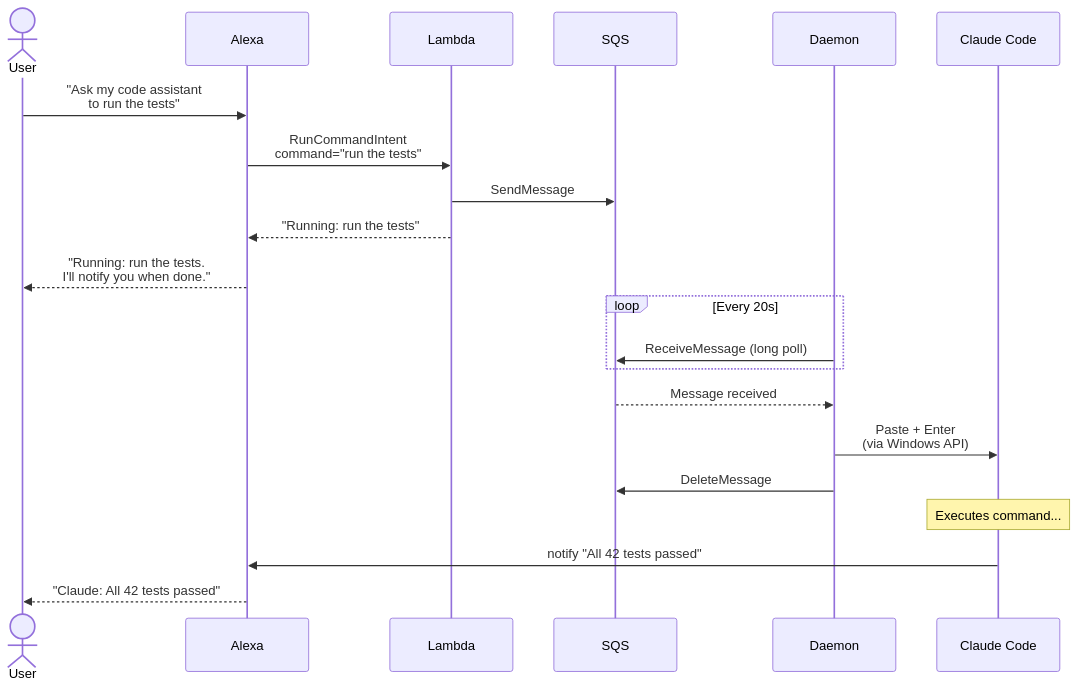
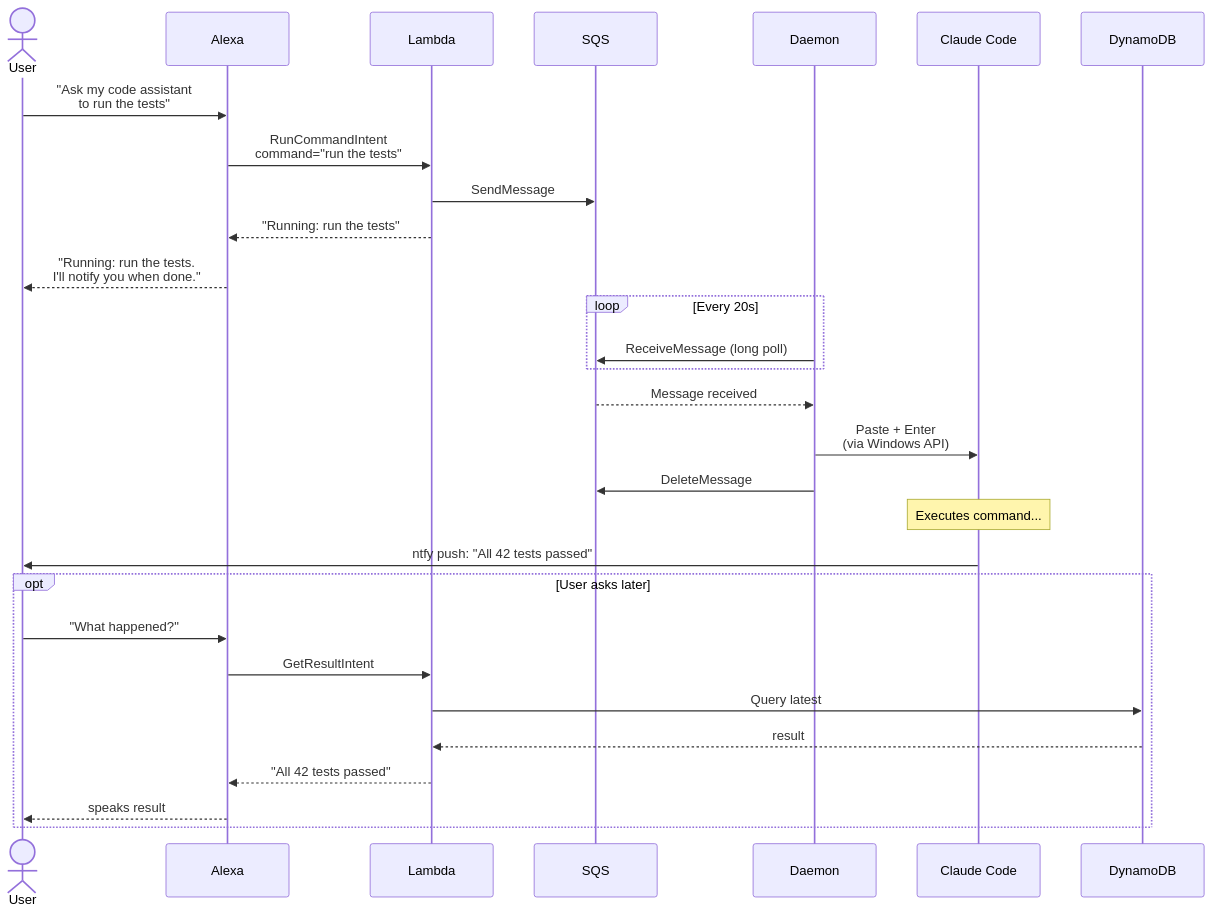
One commit to pouriamrt/alexa-claude-bridge changed the second of 2 diagrams in README.md. Above: the diagram before and after it, drawn with Mermaid. The commit also changed other lines of this file, not shown here.

First line of the commit message:
docs: update README for ntfy notifications and Alexa-only notify flow

````diff
--- a/README.md
+++ b/README.md
@@ -97,28 +97,36 @@
 ```mermaid
 sequenceDiagram
     actor User
     participant Alexa
     participant Lambda
     participant SQS
     participant Daemon
     participant Claude as Claude Code
 
     User->>Alexa: "Ask my code assistant<br/>to run the tests"
     Alexa->>Lambda: RunCommandIntent<br/>command="run the tests"
     Lambda->>SQS: SendMessage
     Lambda-->>Alexa: "Running: run the tests"
     Alexa-->>User: "Running: run the tests.<br/>I'll notify you when done."
 
     loop Every 20s
         Daemon->>SQS: ReceiveMessage (long poll)
     end
 
     SQS-->>Daemon: Message received
     Daemon->>Claude: Paste + Enter<br/>(via Windows API)
     Daemon->>SQS: DeleteMessage
 
     Note over Claude: Executes command...
 
-    Claude->>Alexa: notify "All 42 tests passed"
-    Alexa-->>User: "Claude: All 42 tests passed"
+    Claude->>User: ntfy push: "All 42 tests passed"
+
+    opt User asks later
+        User->>Alexa: "What happened?"
+        Alexa->>Lambda: GetResultIntent
+        Lambda->>DynamoDB: Query latest
+        DynamoDB-->>Lambda: result
+        Lambda-->>Alexa: "All 42 tests passed"
+        Alexa-->>User: speaks result
+    end
 ```
````
